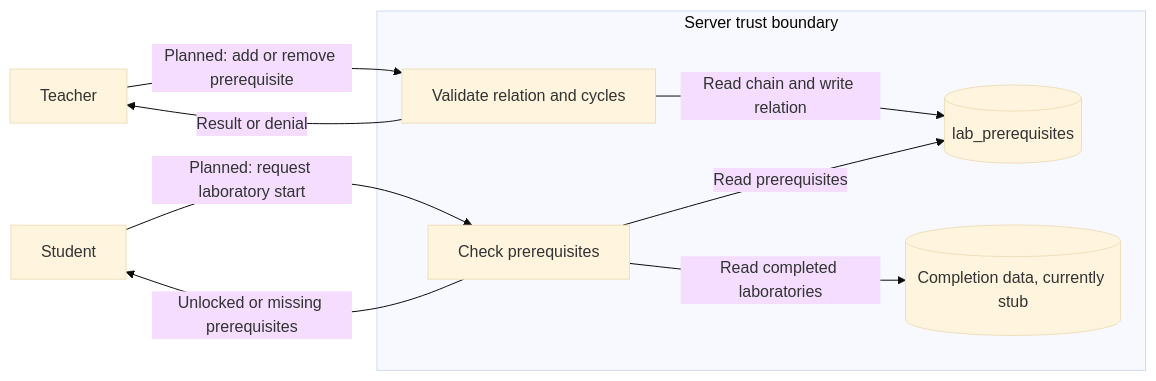
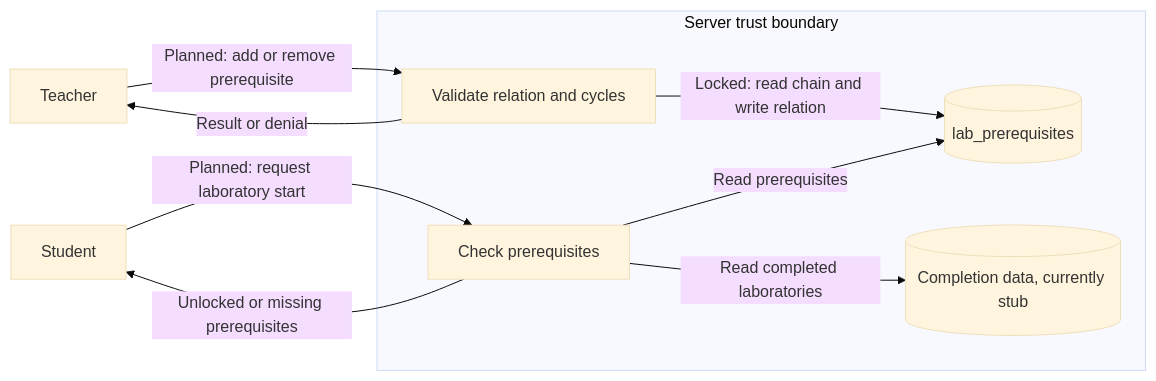
The second of 2 diagrams in docs/components/LAB-06-prerequisites.md (djufa762x39/security-lab), drawn with Mermaid (base theme) before and after one commit. The commit also changed other lines of this file, not shown here.

Commit message:
LAB-06: dokumentacija za istovremeni upis i tabela zahtev-kod-test

````diff
--- a/docs/components/LAB-06-prerequisites.md
+++ b/docs/components/LAB-06-prerequisites.md
@@ -40,12 +41,12 @@
 ```mermaid
 flowchart LR
   T[Teacher] -->|Planned: add or remove prerequisite| P1[Validate relation and cycles]
   S[Student] -->|Planned: request laboratory start| P2[Check prerequisites]
   subgraph Server[Server trust boundary]
-    P1 -->|Read chain and write relation| D1[(lab_prerequisites)]
+    P1 -->|Locked: read chain and write relation| D1[(lab_prerequisites)]
     P2 -->|Read prerequisites| D1
     P2 -->|Read completed laboratories| D2[(Completion data, currently stub)]
   end
   P1 -->|Result or denial| T
   P2 -->|Unlocked or missing prerequisites| S
 ```
````
